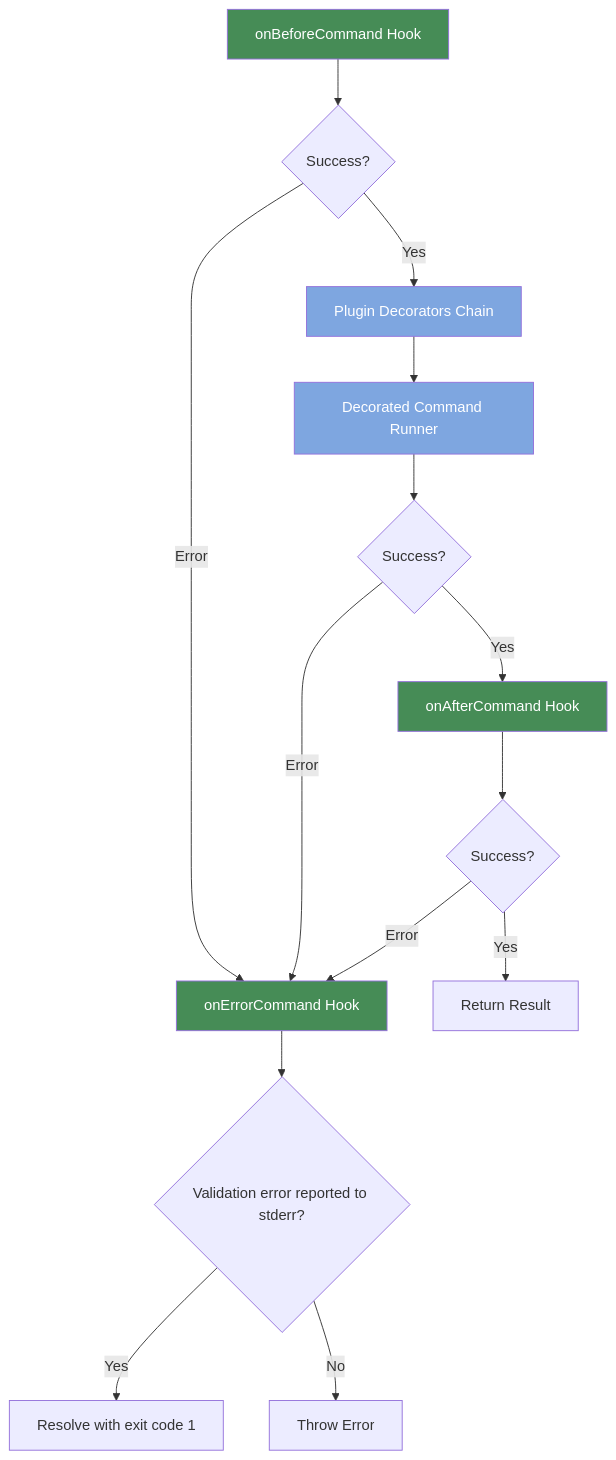
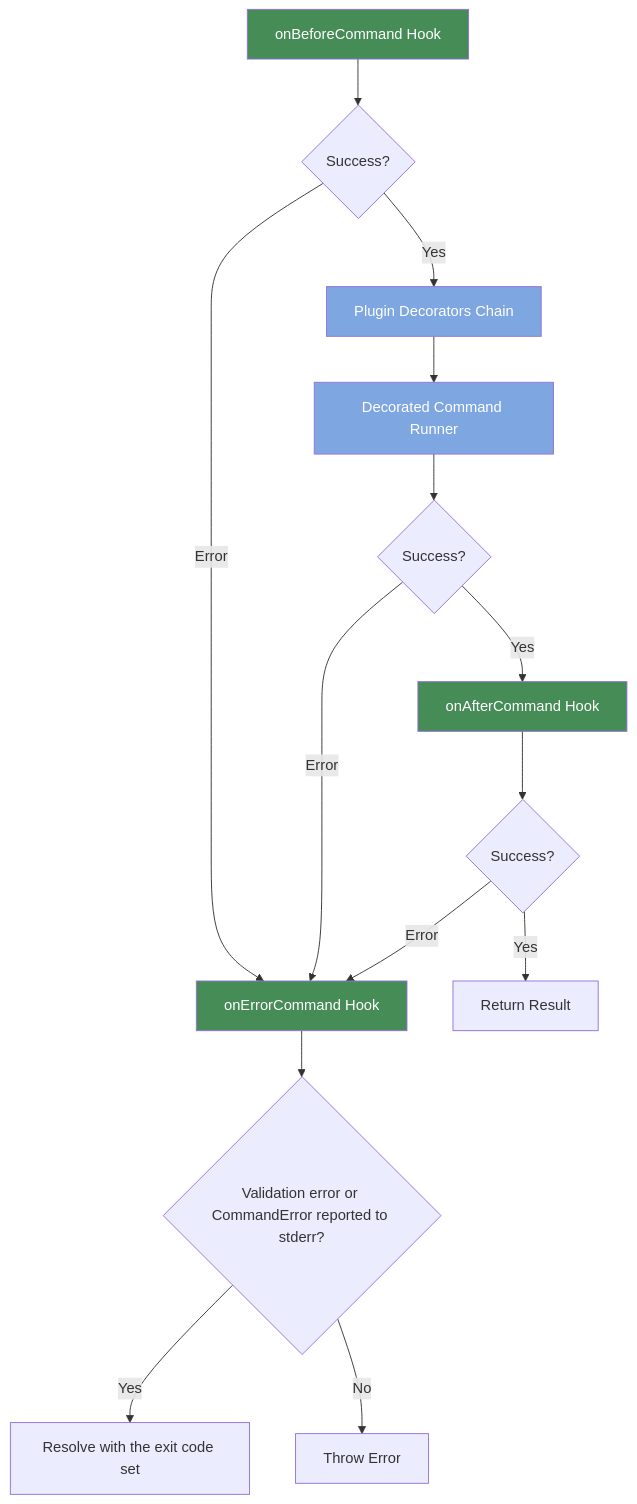
The second of 2 diagrams in packages/docs/src/guide/advanced/command-hooks.md (kazupon/gunshi), drawn with Mermaid before and after one commit. The commit also changed other lines of this file and 34 other files, not shown here.

First line of the commit message:
feat(gunshi): add CommandError to report the expected failures of a command (#861)

````diff
--- a/packages/docs/src/guide/advanced/command-hooks.md
+++ b/packages/docs/src/guide/advanced/command-hooks.md
@@ -206,26 +249,26 @@
 ```mermaid
 graph TD
     A[onBeforeCommand Hook] --> B{Success?}
     B -->|Yes| C[Plugin Decorators Chain]
     B -->|Error| G[onErrorCommand Hook]
 
     C --> D[Decorated Command Runner]
     D --> E{Success?}
 
     E -->|Yes| F[onAfterCommand Hook]
     E -->|Error| G
 
     F --> H{Success?}
     H -->|Yes| I[Return Result]
     H -->|Error| G
 
-    G --> K{Validation error reported to stderr?}
-    K -->|Yes| L[Resolve with exit code 1]
+    G --> K{Validation error or CommandError reported to stderr?}
+    K -->|Yes| L[Resolve with the exit code set]
     K -->|No| J[Throw Error]
 
     style A fill:#468c56,color:white
     style F fill:#468c56,color:white
     style G fill:#468c56,color:white
     style C fill:#7EA6E0,color:white
     style D fill:#7EA6E0,color:white
 ```
````
